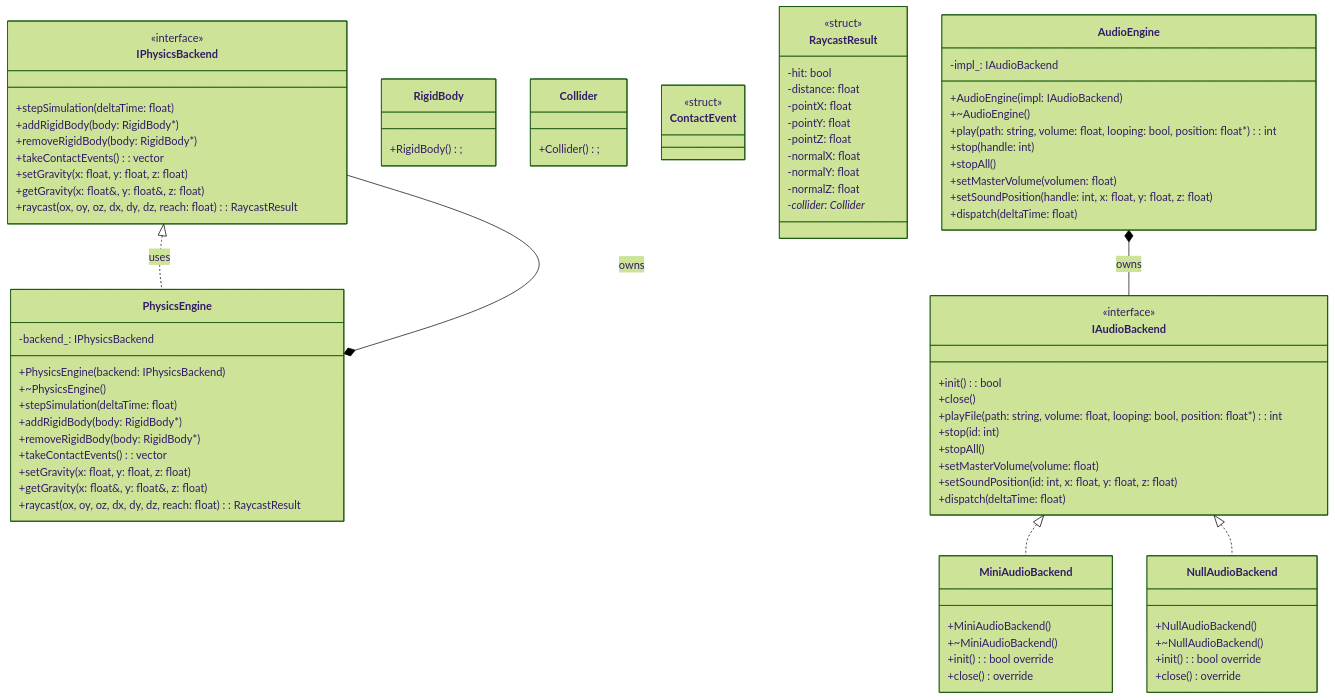
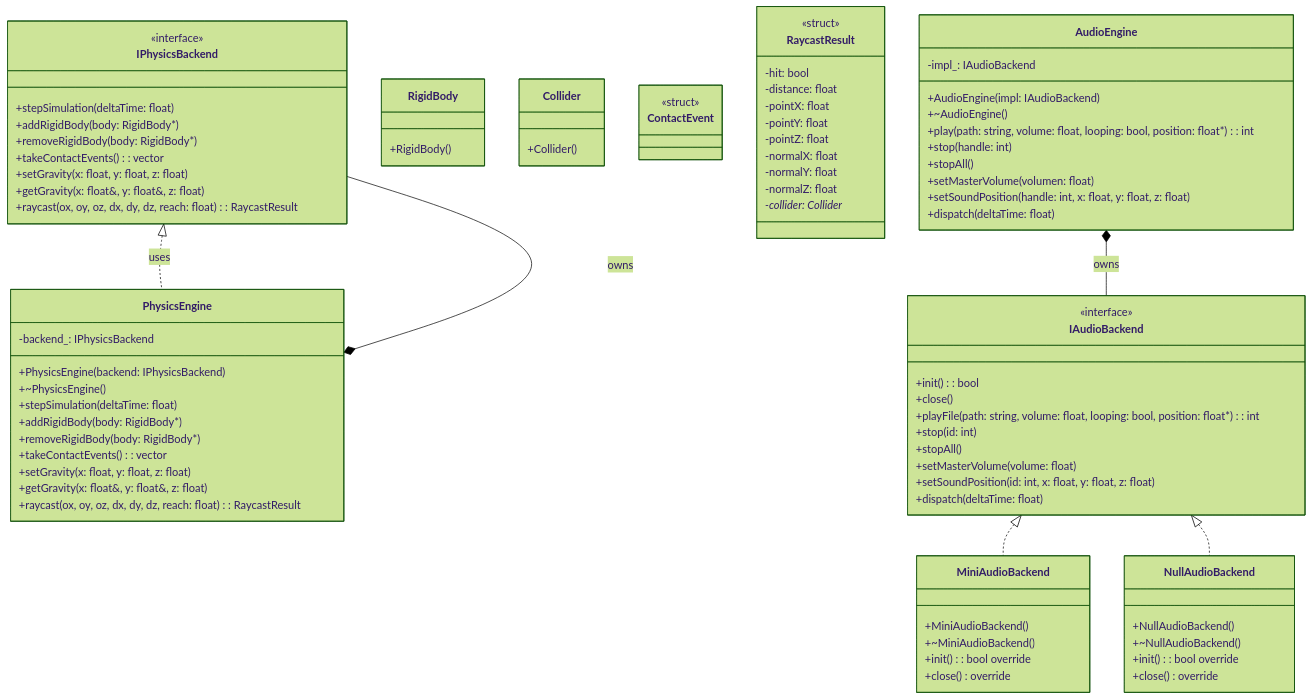
Before and after one commit to FunshiEngine/FunshiEngineOpenGL: the fourth of 11 diagrams in doc/uml/DiagramaClases.eng.md, drawn with Mermaid (forest theme). The commit also changed other lines of this file and 3 other files, not shown here.

First line of the commit message:
docs(uml): fix remaining mermaid parse errors and split inline members

```diff
--- a/doc/uml/DiagramaClases.eng.md
+++ b/doc/uml/DiagramaClases.eng.md
@@ -236,10 +236,17 @@
         +getGravity(x: float&, y: float&, z: float)
         +raycast(ox, oy, oz, dx, dy, dz, reach: float): RaycastResult
     }
-    class RigidBody { +RigidBody(); }
-    class Collider { +Collider(); }
-    class ContactEvent <<struct>> { }
-    class RaycastResult <<struct>> {
+    class RigidBody {
+        +RigidBody()
+    }
+    class Collider {
+        +Collider()
+    }
+    class ContactEvent {
+        <<struct>>
+    }
+    class RaycastResult {
+        <<struct>>
         -hit: bool
         -distance: float
         -pointX: float
```
